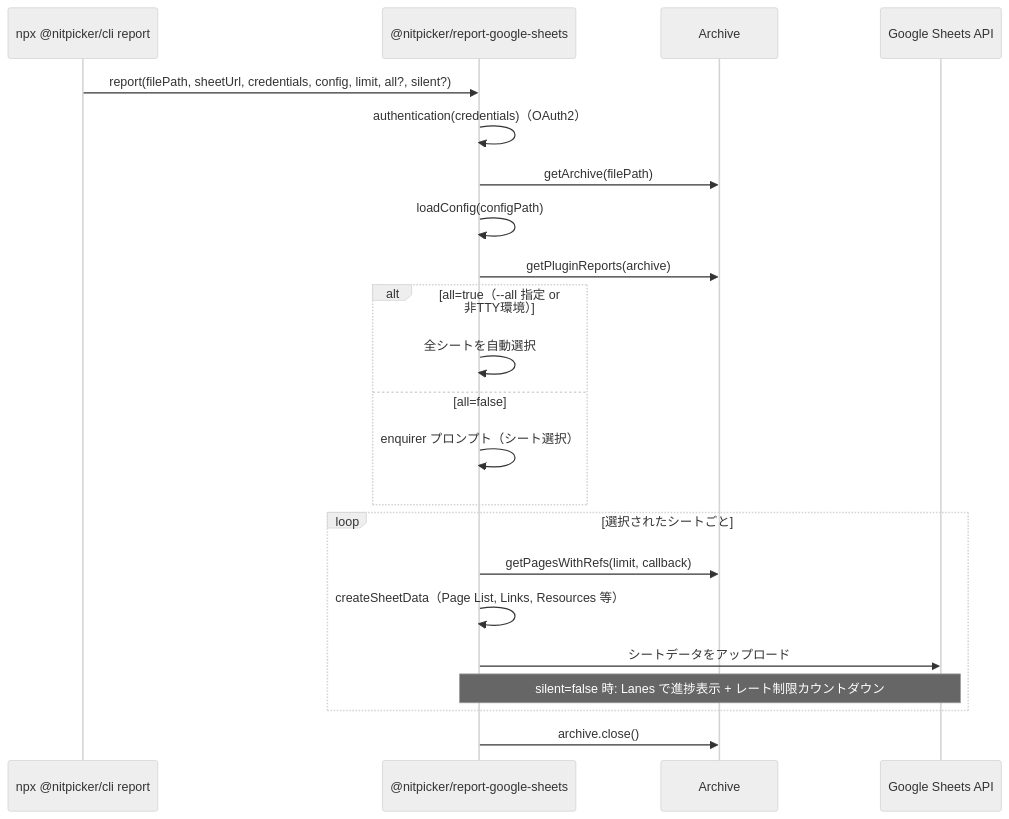
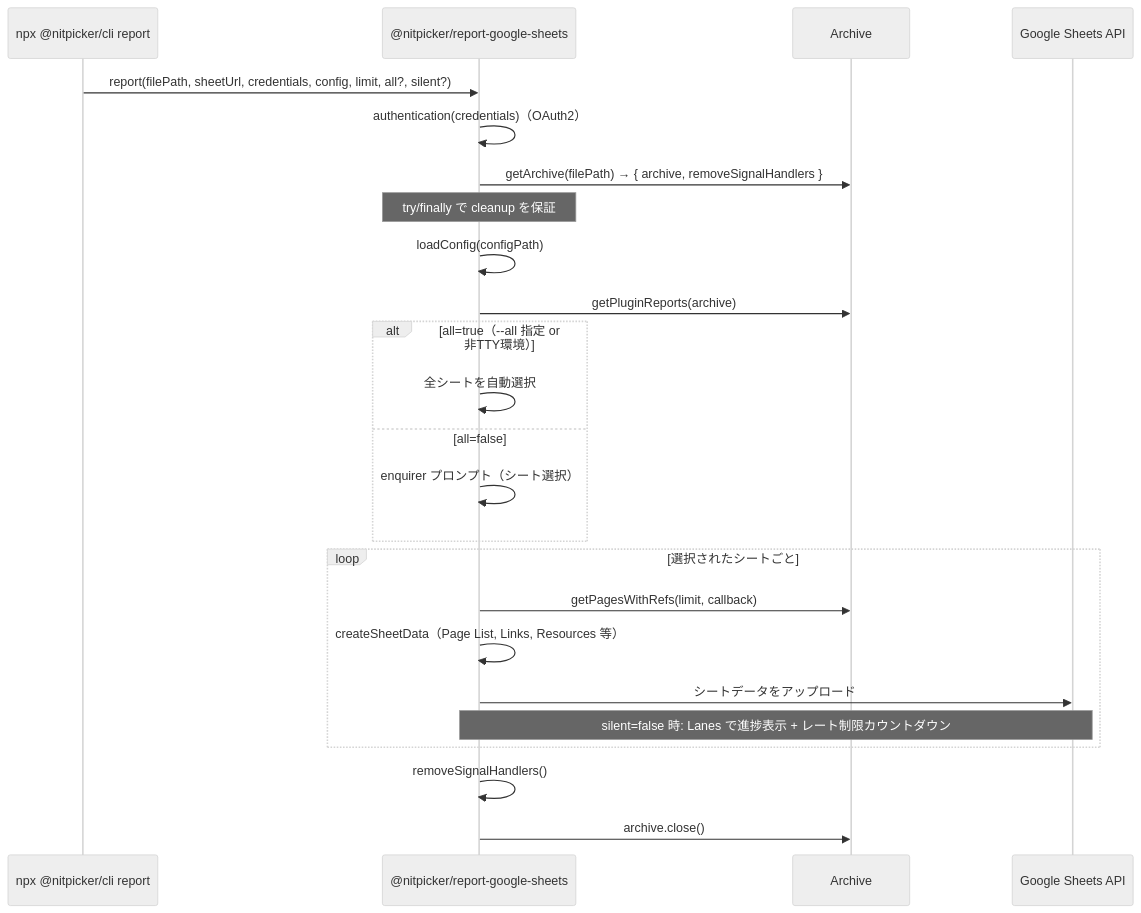
One commit to d-zero-dev/nitpicker changed the third of 4 diagrams in ARCHITECTURE.md. Above: the diagram before and after it, drawn with Mermaid (neutral theme). The commit also changed 1 other file, not shown here.

Commit message:
docs: update JSDoc and architecture diagram for signal handler cleanup
- crawl.ts: document automatic signal handler removal in finally block
- ARCHITECTURE.md: reflect getArchive returning ArchiveHandle with
  removeSignalHandlers, and the cleanup step in the report sequence

````diff
--- a/ARCHITECTURE.md
+++ b/ARCHITECTURE.md
@@ -490,28 +490,30 @@
 ```mermaid
 sequenceDiagram
     participant CLI as npx @nitpicker/cli report
     participant GS as @nitpicker/report-google-sheets
     participant Archive as Archive
     participant Sheets as Google Sheets API
 
     CLI->>GS: report(filePath, sheetUrl, credentials, config, limit, all?, silent?)
     GS->>GS: authentication(credentials)（OAuth2）
-    GS->>Archive: getArchive(filePath)
+    GS->>Archive: getArchive(filePath) → { archive, removeSignalHandlers }
+    Note over GS: try/finally で cleanup を保証
     GS->>GS: loadConfig(configPath)
     GS->>Archive: getPluginReports(archive)
 
     alt all=true（--all 指定 or 非TTY環境）
         GS->>GS: 全シートを自動選択
     else all=false
         GS->>GS: enquirer プロンプト（シート選択）
     end
 
     loop 選択されたシートごと
         GS->>Archive: getPagesWithRefs(limit, callback)
         GS->>GS: createSheetData（Page List, Links, Resources 等）
         GS->>Sheets: シートデータをアップロード
         Note over GS,Sheets: silent=false 時: Lanes で進捗表示 + レート制限カウントダウン
     end
 
+    GS->>GS: removeSignalHandlers()
     GS->>Archive: archive.close()
 ```
````
